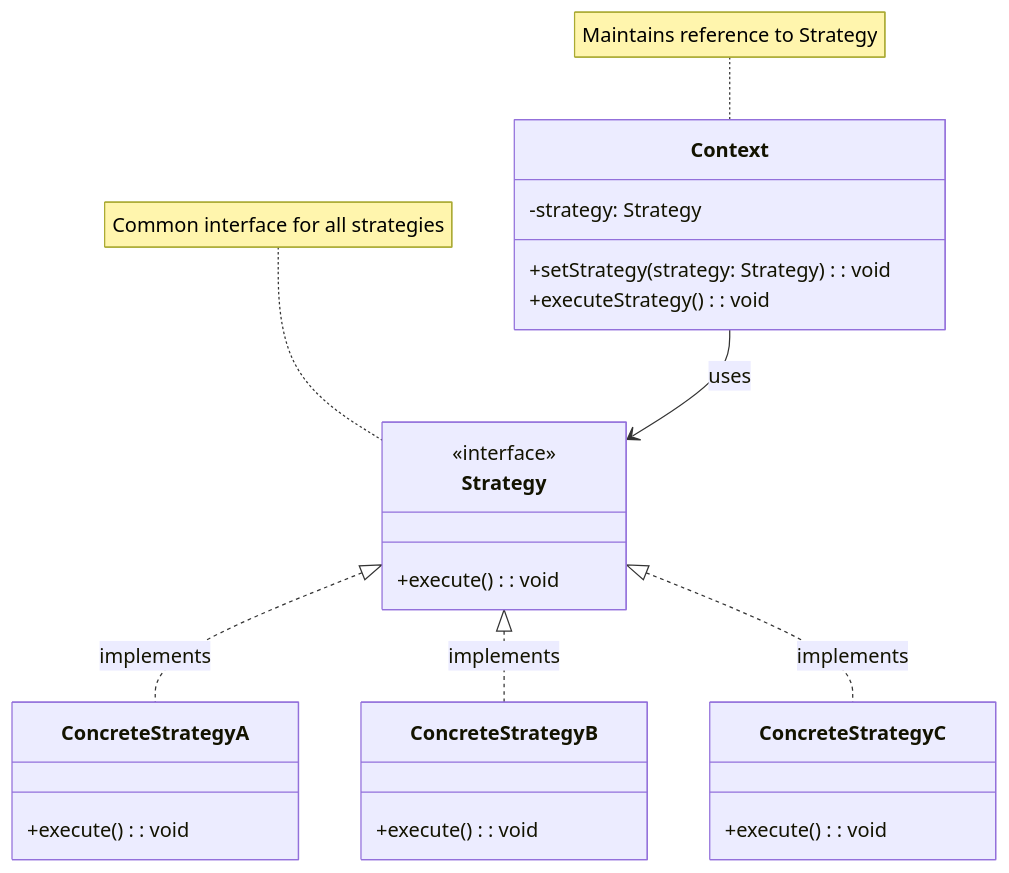
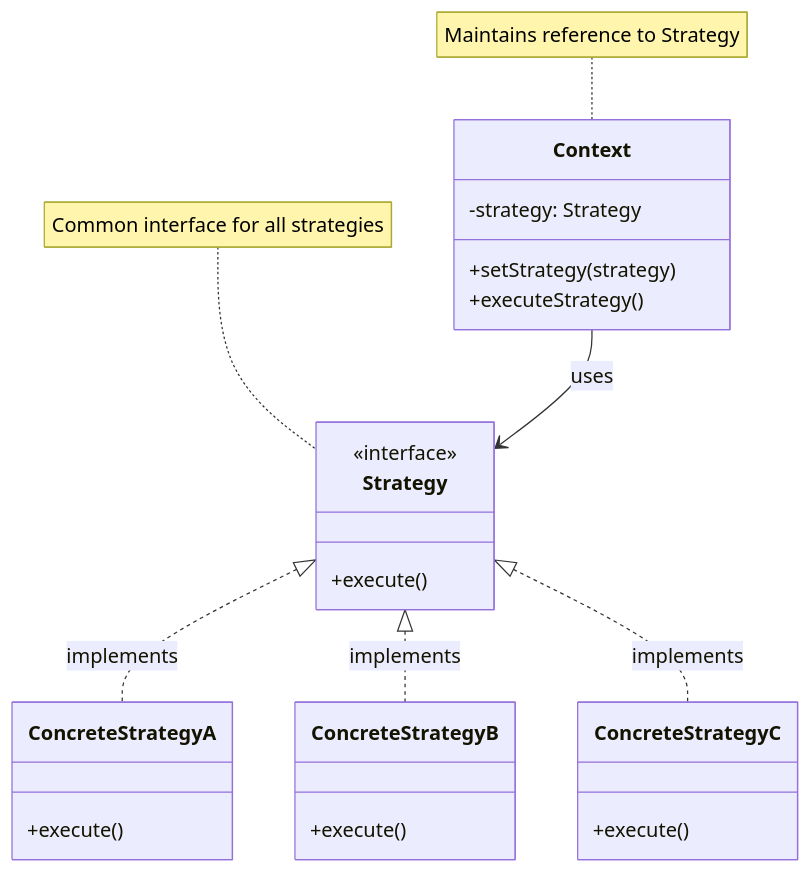
One commit to fanly/DesignPattern changed the first of 2 diagrams in resources/design-patterns/laravel/behavioral/strategy_en.md. Above: the diagram before and after it, drawn with Mermaid. The commit also changed 103 other files, not shown here.

````diff
--- a/resources/design-patterns/laravel/behavioral/strategy_en.md
+++ b/resources/design-patterns/laravel/behavioral/strategy_en.md
@@ -11,33 +11,33 @@
 ```mermaid
 classDiagram
     class Context {
         -strategy: Strategy
-        +setStrategy(strategy: Strategy): void
-        +executeStrategy(): void
+        +setStrategy(strategy)
+        +executeStrategy()
     }
     
     class Strategy {
         <<interface>>
-        +execute(): void
+        +execute()
     }
     
     class ConcreteStrategyA {
-        +execute(): void
+        +execute()
     }
     
     class ConcreteStrategyB {
-        +execute(): void
+        +execute()
     }
     
     class ConcreteStrategyC {
-        +execute(): void
+        +execute()
     }
     
     Context --> Strategy : uses
     Strategy <|.. ConcreteStrategyA : implements
     Strategy <|.. ConcreteStrategyB : implements
     Strategy <|.. ConcreteStrategyC : implements
     
     note for Context "Maintains reference to Strategy"
     note for Strategy "Common interface for all strategies"
 ```
````
